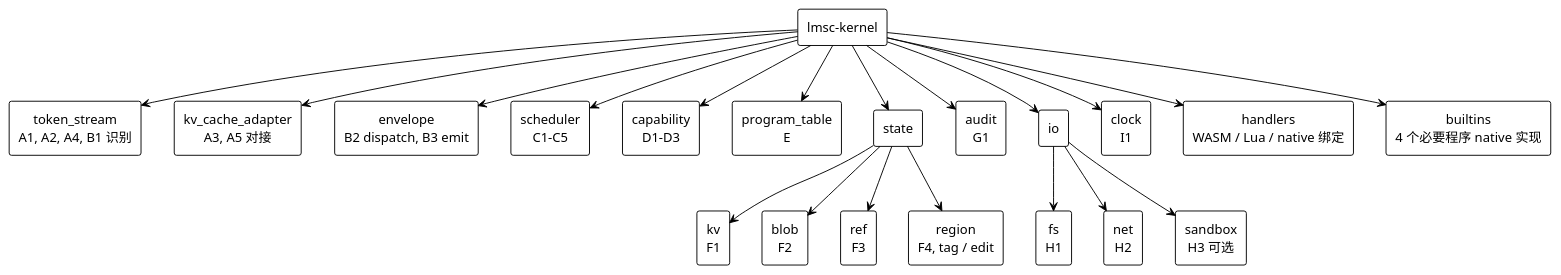
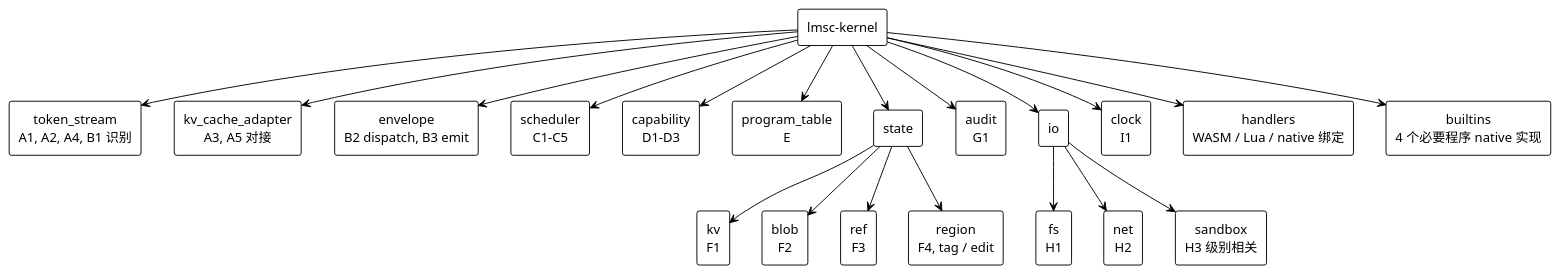
Before and after one commit to dianzinao/lmsc-kernel-spec: the fifth of 5 diagrams in LMSC-KERNEL-SPEC-DRAFT-01-ZH.md, drawn with PlantUML. The commit also changed other lines of this file and 2 other files, not shown here.

````diff
--- a/LMSC-KERNEL-SPEC-DRAFT-01-ZH.md
+++ b/LMSC-KERNEL-SPEC-DRAFT-01-ZH.md
@@ -2839,51 +2852,51 @@
 ```plantuml
 @startuml
 !theme plain
 skinparam defaultTextAlignment center
 skinparam shadowing false
 skinparam RectangleBackgroundColor white
 skinparam RectangleBorderColor black
 skinparam ArrowColor black
 
 rectangle "lmsc-kernel" as root
 rectangle "token_stream\nA1, A2, A4, B1 识别" as token_stream
 rectangle "kv_cache_adapter\nA3, A5 对接" as kv_cache_adapter
 rectangle "envelope\nB2 dispatch, B3 emit" as envelope
 rectangle "scheduler\nC1-C5" as scheduler
 rectangle "capability\nD1-D3" as capability
 rectangle "program_table\nE" as program_table
 rectangle "state" as state
 rectangle "kv\nF1" as kv
 rectangle "blob\nF2" as blob
 rectangle "ref\nF3" as ref
 rectangle "region\nF4, tag / edit" as region
 rectangle "audit\nG1" as audit
 rectangle "io" as io
 rectangle "fs\nH1" as fs
 rectangle "net\nH2" as net
-rectangle "sandbox\nH3 可选" as sandbox
+rectangle "sandbox\nH3 级别相关" as sandbox
 rectangle "clock\nI1" as clock
 rectangle "handlers\nWASM / Lua / native 绑定" as handlers
 rectangle "builtins\n4 个必要程序 native 实现" as builtins
 
 root --> token_stream
 root --> kv_cache_adapter
 root --> envelope
 root --> scheduler
 root --> capability
 root --> program_table
 root --> state
 state --> kv
 state --> blob
 state --> ref
 state --> region
 root --> audit
 root --> io
 io --> fs
 io --> net
 io --> sandbox
 root --> clock
 root --> handlers
 root --> builtins
 @enduml
 ```
````
